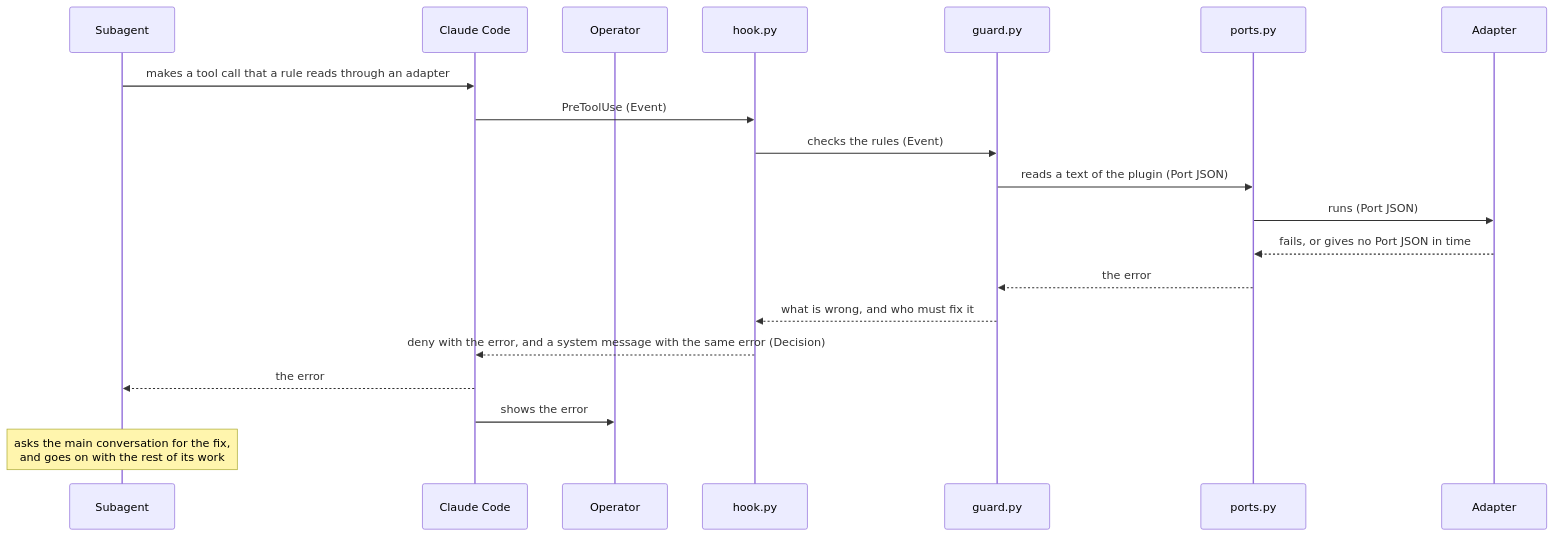
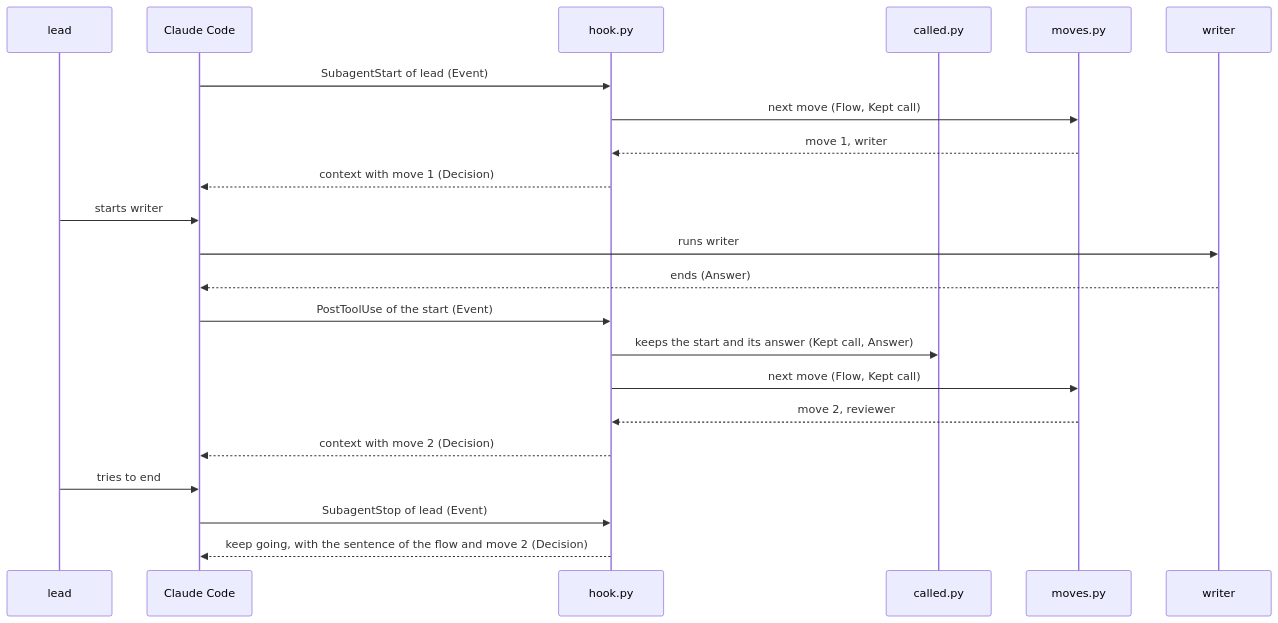
The fourth of 4 diagrams in dev/lane/architecture.md (lovaizu/ccpm), drawn with Mermaid before and after one commit. The commit also changed other lines of this file and 1 other file, not shown here.

First line of the commit message:
lane's architecture rewritten from its design tree on the architecture template alone

````diff
--- a/dev/lane/architecture.md
+++ b/dev/lane/architecture.md
@@ -338,22 +178,24 @@
 ```mermaid
 sequenceDiagram
-  participant SA as Subagent
+  participant O as lead
   participant CC as Claude Code
-  participant OP as Operator
   participant H as hook.py
-  participant G as guard.py
-  participant PO as ports.py
-  participant AD as Adapter
-  SA->>CC: makes a tool call that a rule reads through an adapter
-  CC->>H: PreToolUse (Event)
-  H->>G: checks the rules (Event)
-  G->>PO: reads a text of the plugin (Port JSON)
-  PO->>AD: runs (Port JSON)
-  AD-->>PO: fails, or gives no Port JSON in time
-  PO-->>G: the error
-  G-->>H: what is wrong, and who must fix it
-  H-->>CC: deny with the error, and a system message with the same error (Decision)
-  CC-->>SA: the error
-  CC->>OP: shows the error
-  Note over SA: asks the main conversation for the fix,<br>and goes on with the rest of its work
+  participant C as called.py
+  participant M as moves.py
+  participant W as writer
+  CC->>H: SubagentStart of lead (Event)
+  H->>M: next move (Flow, Kept call)
+  M-->>H: move 1, writer
+  H-->>CC: context with move 1 (Decision)
+  O->>CC: starts writer
+  CC->>W: runs writer
+  W-->>CC: ends (Answer)
+  CC->>H: PostToolUse of the start (Event)
+  H->>C: keeps the start and its answer (Kept call, Answer)
+  H->>M: next move (Flow, Kept call)
+  M-->>H: move 2, reviewer
+  H-->>CC: context with move 2 (Decision)
+  O->>CC: tries to end
+  CC->>H: SubagentStop of lead (Event)
+  H-->>CC: keep going, with the sentence of the flow and move 2 (Decision)
 ```
````
